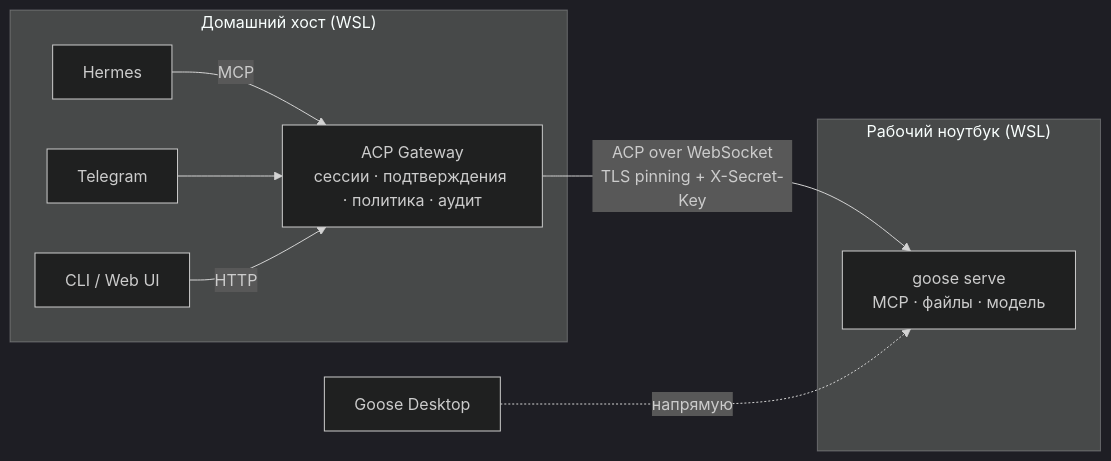
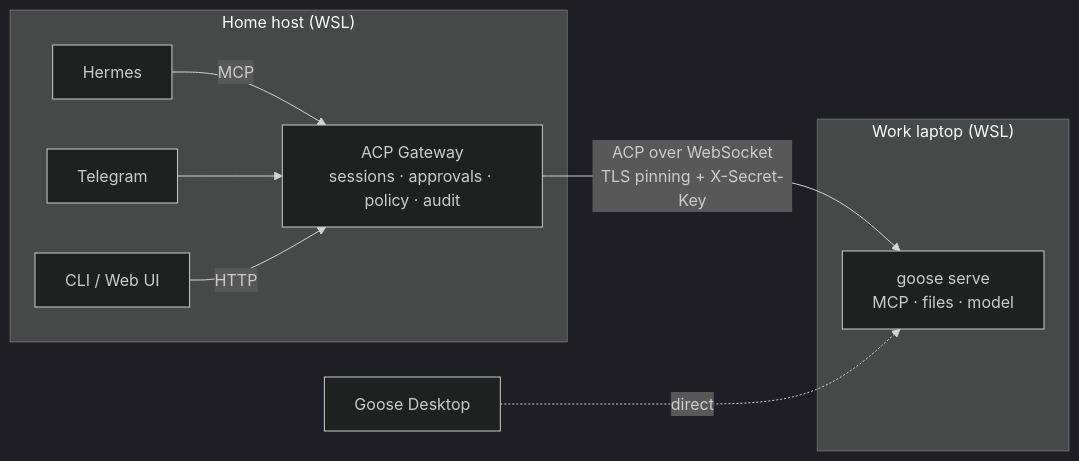
Before and after one commit to Lujker/acp-gateway: the diagram in README.md, drawn with Mermaid (dark theme). The commit also changed other lines of this file and 6 other files, not shown here.

````diff
--- a/README.md
+++ b/README.md
@@ -23,14 +20,14 @@
 ```mermaid
 flowchart LR
-    subgraph home["Домашний хост (WSL)"]
+    subgraph home["Home host (WSL)"]
         hermes["Hermes"] -- MCP --> gw
         tg["Telegram"] --> gw
         cli["CLI / Web UI"] -- HTTP --> gw
-        gw["ACP Gateway<br/>сессии · подтверждения · политика · аудит"]
+        gw["ACP Gateway<br/>sessions · approvals · policy · audit"]
     end
-    subgraph work["Рабочий ноутбук (WSL)"]
-        goose["goose serve<br/>MCP · файлы · модель"]
+    subgraph work["Work laptop (WSL)"]
+        goose["goose serve<br/>MCP · files · model"]
     end
     gw -- "ACP over WebSocket<br/>TLS pinning + X-Secret-Key" --> goose
-    desktop["Goose Desktop"] -. напрямую .-> goose
+    desktop["Goose Desktop"] -. direct .-> goose
 ```
````
